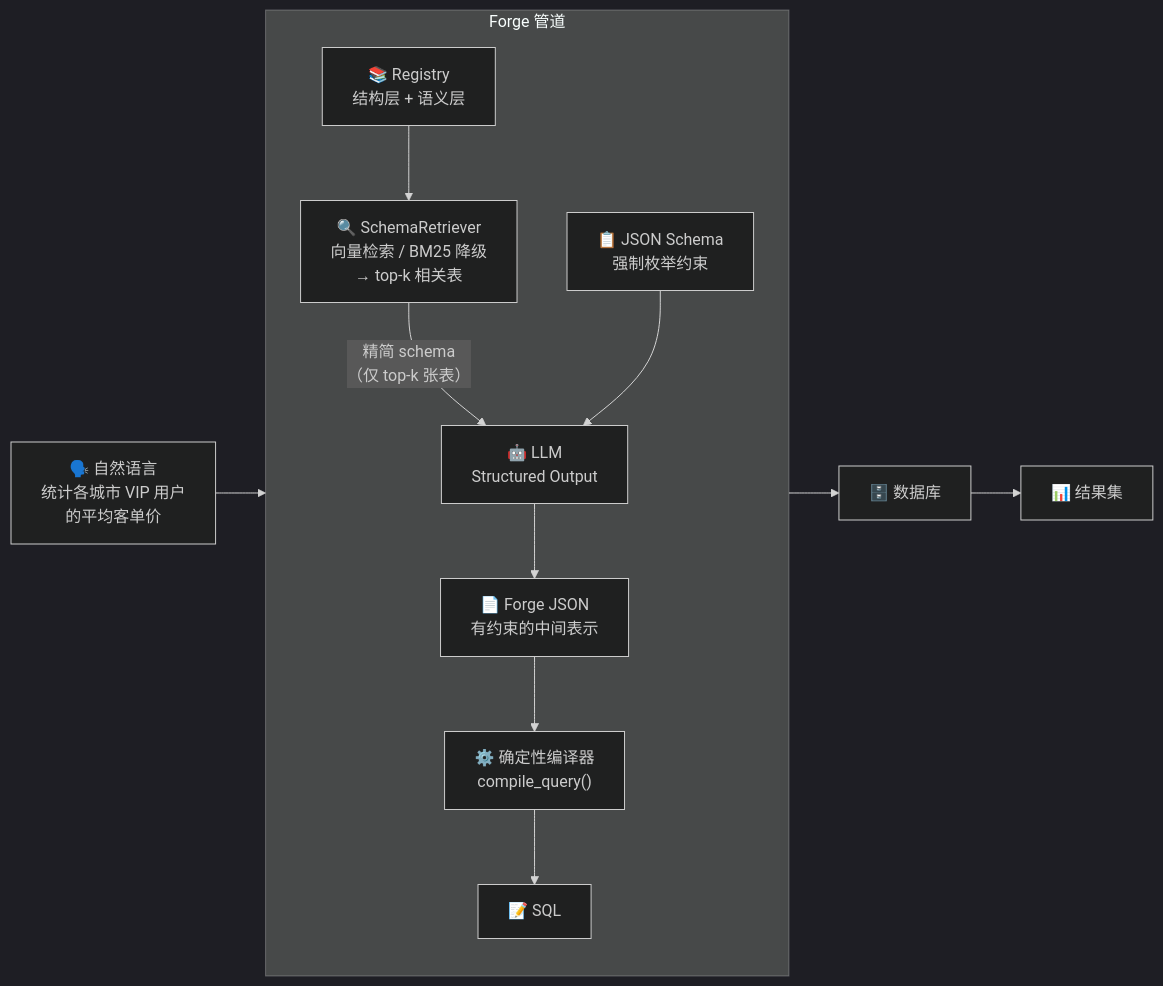
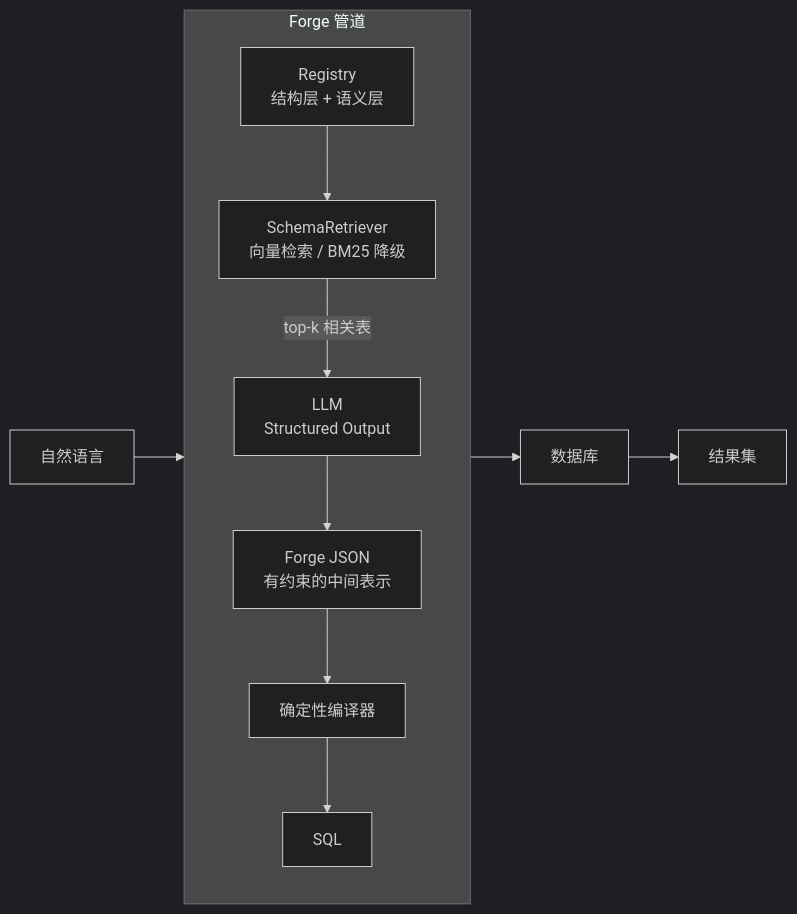
The diagram in README.md (shisuidata/Forge), drawn with Mermaid (dark theme) before and after one commit. The commit also changed other lines of this file and 32 other files, not shown here.

````diff
--- a/README.md
+++ b/README.md
@@ -122,28 +72,26 @@
 ```mermaid
 flowchart LR
-    NL["🗣️ 自然语言<br/>统计各城市 VIP 用户<br/>的平均客单价"]
+    NL["自然语言"]
 
     subgraph forge["Forge 管道"]
         direction TB
-        REG["📚 Registry<br/>结构层 + 语义层"]
-        RETRIEVER["🔍 SchemaRetriever<br/>向量检索 / BM25 降级<br/>→ top-k 相关表"]
-        SCHEMA["📋 JSON Schema<br/>强制枚举约束"]
-        LLM["🤖 LLM<br/>Structured Output"]
-        JSON["📄 Forge JSON<br/>有约束的中间表示"]
-        COMPILER["⚙️ 确定性编译器<br/>compile_query()"]
-        SQL["📝 SQL"]
+        REG["Registry<br/>结构层 + 语义层"]
+        RETRIEVER["SchemaRetriever<br/>向量检索 / BM25 降级"]
+        LLM["LLM<br/>Structured Output"]
+        JSON["Forge JSON<br/>有约束的中间表示"]
+        COMPILER["确定性编译器"]
+        SQL["SQL"]
     end
 
-    DB["🗄️ 数据库"]
-    RESULT["📊 结果集"]
+    DB["数据库"]
+    RESULT["结果集"]
 
     NL --> RETRIEVER
     REG --> RETRIEVER
-    RETRIEVER -->|"精简 schema<br/>（仅 top-k 张表）"| LLM
-    SCHEMA --> LLM
+    RETRIEVER -->|"top-k 相关表"| LLM
     LLM --> JSON
     JSON --> COMPILER
     COMPILER --> SQL
     SQL --> DB
     DB --> RESULT
 ```
````
